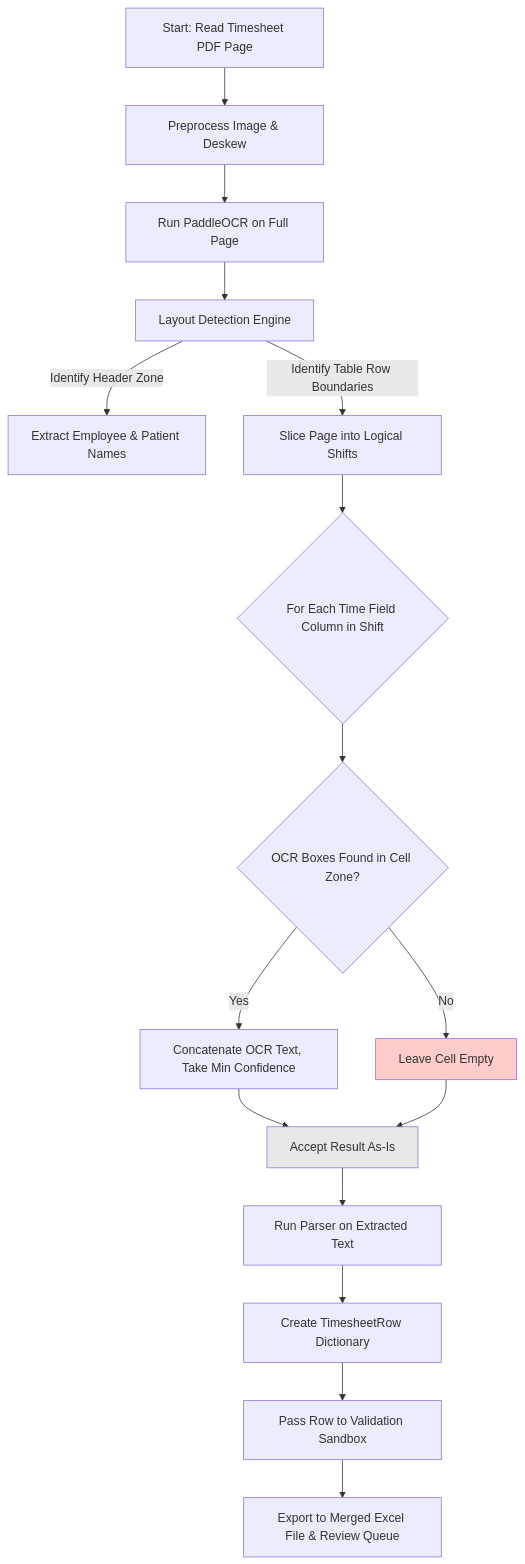
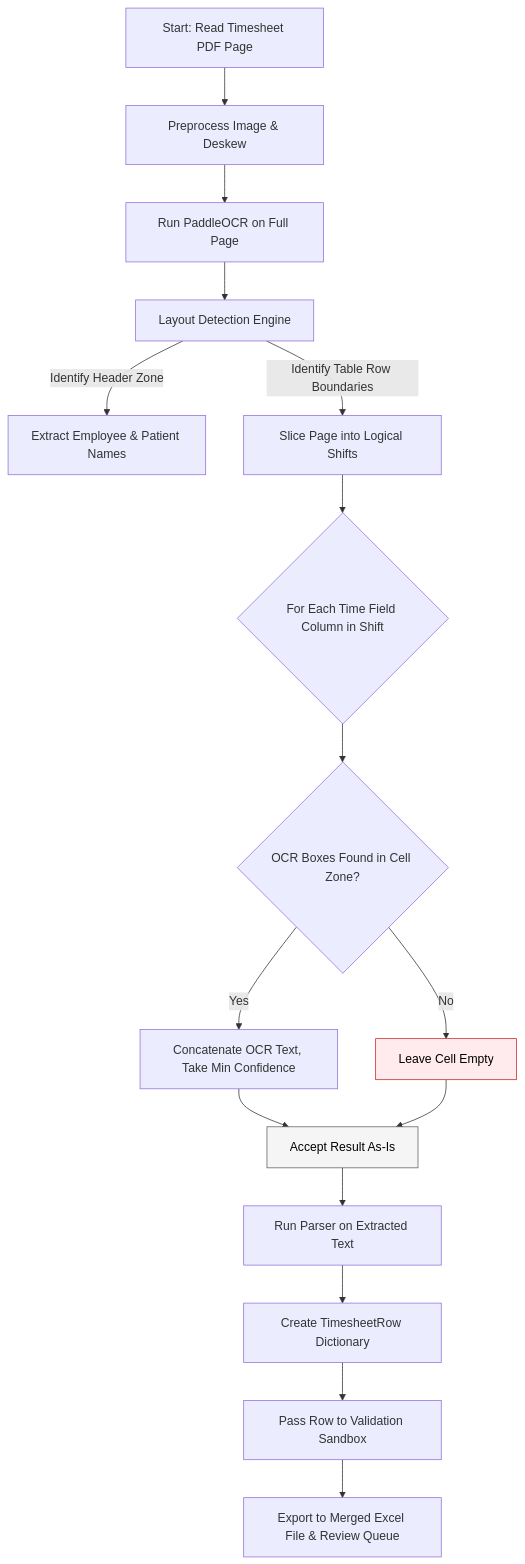
The diagram in workflows/ocr_only_flow.md (mohitagr18/timesheet-ocr), drawn with Mermaid before and after one commit. The commit also changed 3 other files, not shown here.

````diff
--- a/workflows/ocr_only_flow.md
+++ b/workflows/ocr_only_flow.md
@@ -13,27 +13,27 @@
 ```mermaid
 graph TD
     A[Start: Read Timesheet PDF Page] --> B[Preprocess Image & Deskew]
     B --> C[Run PaddleOCR on Full Page]
     
     C --> D[Layout Detection Engine]
     D -->|Identify Header Zone| E[Extract Employee & Patient Names]
     D -->|Identify Table Row Boundaries| F[Slice Page into Logical Shifts]
     
     F --> G{For Each Time Field Column in Shift}
     
     G --> H{OCR Boxes Found in Cell Zone?}
     H -->|Yes| I[Concatenate OCR Text, Take Min Confidence]
     H -->|No| J[Leave Cell Empty]
     
     I --> K[Accept Result As-Is]
     J --> K
     
     K --> L[Run Parser on Extracted Text]
     L --> M[Create TimesheetRow Dictionary]
     
     M --> N[Pass Row to Validation Sandbox]
     N --> O[Export to Merged Excel File & Review Queue]
     
-    style J fill:#ffcccc
-    style K fill:#e8e8e8
+    style J fill:#ffebee,stroke:#c62828,color:#000
+    style K fill:#f5f5f5,stroke:#616161,color:#000
 ```
````
